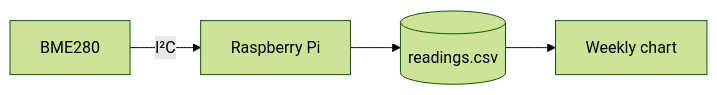
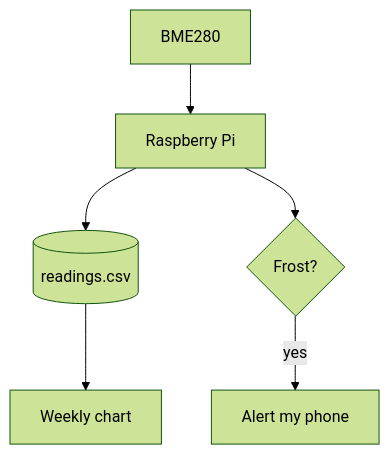
The first of 2 diagrams in examples/weather-station/weather-station.md (willykev/parch), drawn with Mermaid (forest theme) before and after one commit. The commit also changed other lines of this file and 9 other files, not shown here.

Commit message:
Show Mermaid in the README: a flowchart typed beside its preview, and a pie chart

````diff
--- a/examples/weather-station/weather-station.md
+++ b/examples/weather-station/weather-station.md
@@ -57,6 +59,8 @@
 ```mermaid
-flowchart LR
-  S[BME280] -->|I²C| P[Raspberry Pi]
+flowchart TD
+  S[BME280] --> P[Raspberry Pi]
   P --> C[(readings.csv)]
+  P --> F{Frost?}
   C --> W[Weekly chart]
+  F -->|yes| A[Alert my phone]
 ```
````
